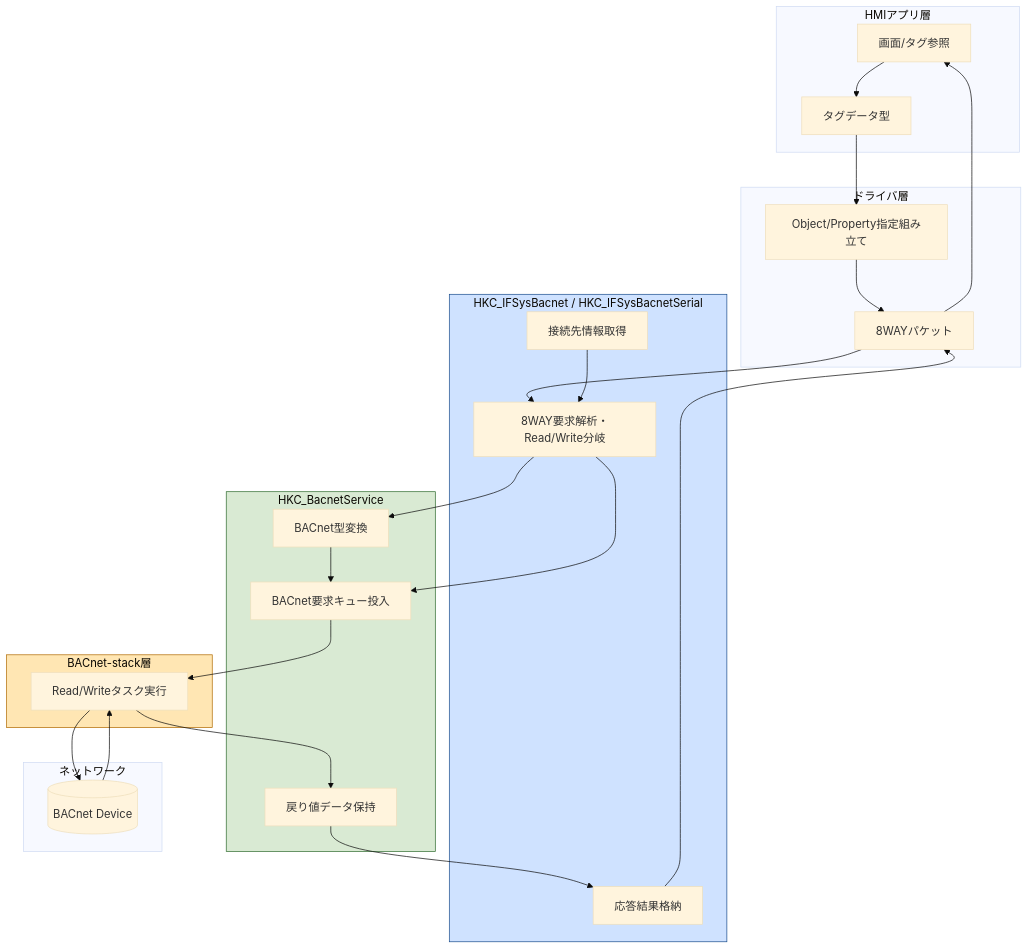
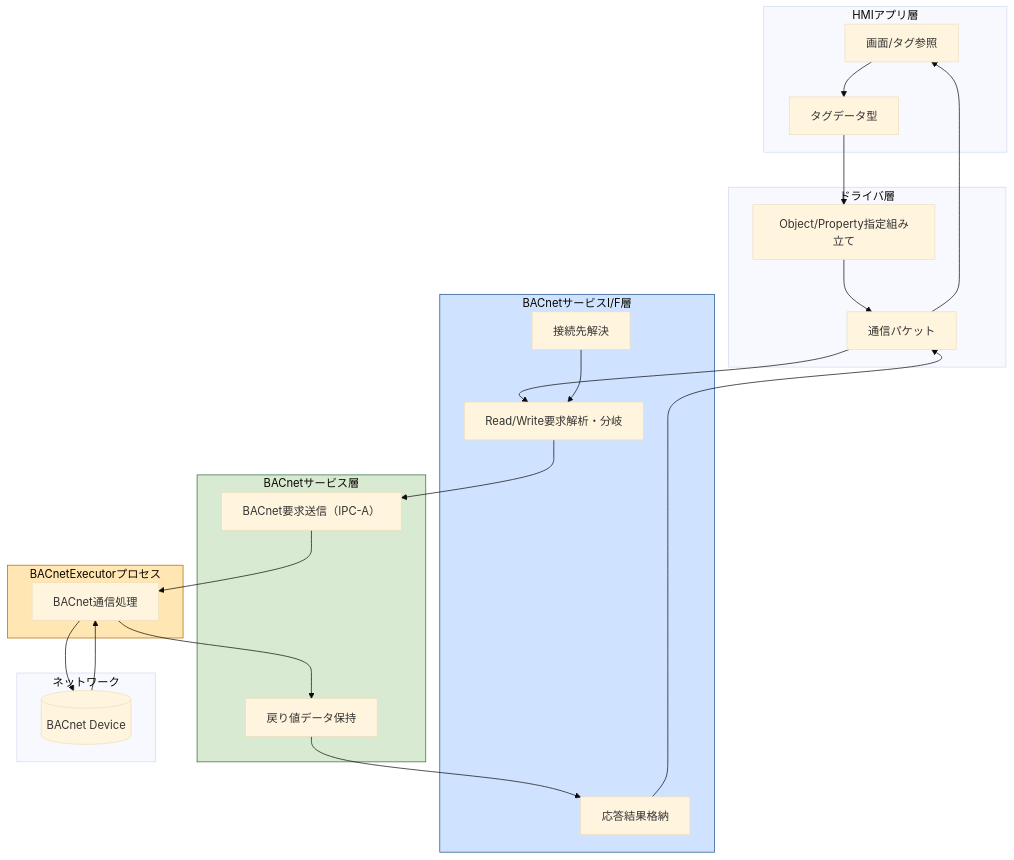
The third of 19 diagrams in bacnet.md (moto046/markdown-test), drawn with Mermaid (base theme) before and after one commit. The commit also changed other lines of this file, not shown here.

````diff
--- a/bacnet.md
+++ b/bacnet.md
@@ -146,38 +260,35 @@
 ```mermaid
 graph TD
     subgraph App[HMIアプリ層]
       UI[画面/タグ参照]
       Tag[タグデータ型]
     end
     subgraph Drv[ドライバ層]
-      Pkt[8WAYパケット]
+      Pkt[通信パケット]
       Obj[Object/Property指定組み立て]
     end
-    subgraph IF[HKC_IFSysBacnet / HKC_IFSysBacnetSerial]
-      Req[8WAY要求解析・Read/Write分岐]
-      Hand[接続先情報取得]
+    subgraph IF[BACnetサービスI/F層]
+      Req[Read/Write要求解析・分岐]
+      Hand[接続先解決]
       Resp[応答結果格納]
     end
-    subgraph Svc[HKC_BacnetService]
-      Conv[BACnet型変換]
-      APDU[BACnet要求キュー投入]
+    subgraph Svc[BACnetサービス層]
+      APDU[BACnet要求送信（IPC-A）]
       Ret[戻り値データ保持]
     end
-    subgraph Stack[BACnet-stack層]
-      Task[Read/Writeタスク実行]
+    subgraph Exec[BACnetExecutorプロセス]
+      ExecTask[BACnet通信処理]
     end
     subgraph Net[ネットワーク]
       Dev[(BACnet Device)]
     end
 
     UI --> Tag --> Obj --> Pkt --> Req
     Hand --> Req
-    Req --> APDU
-    Req --> Conv
-    Conv --> APDU --> Task --> Dev
-    Dev --> Task --> Ret --> Resp --> Pkt --> UI
+    Req --> APDU --> ExecTask --> Dev
+    Dev --> ExecTask --> Ret --> Resp --> Pkt --> UI
 
     style IF fill:#cfe2ff,stroke:#1a4d8c
     style Svc fill:#d9ead3,stroke:#2f6b2f
-    style Stack fill:#ffe6b3,stroke:#b06a00
+    style Exec fill:#ffe6b3,stroke:#b06a00
 ```
````
